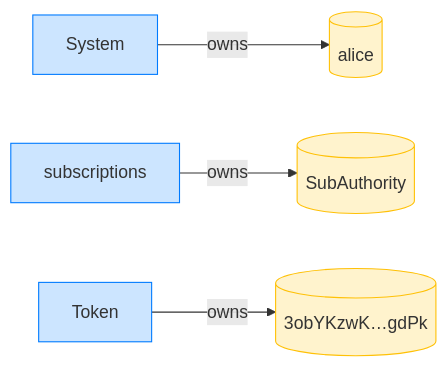
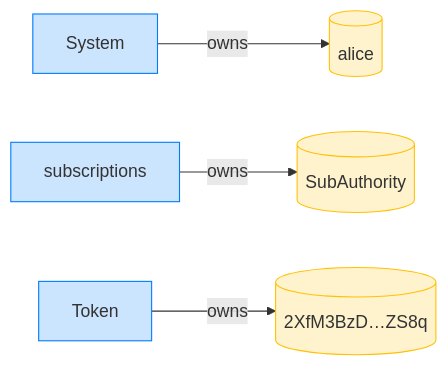
One commit to cds-rs/subscriptions changed the fourth of 8 diagrams in dsl_tests/a-sponsor-cannot-revoke-a-non-expired-recurring-delegation.md. Above: the diagram before and after it, drawn with Mermaid. The commit also changed other lines of this file and 224 other files, not shown here.

````diff
--- a/dsl_tests/a-sponsor-cannot-revoke-a-non-expired-recurring-delegation.md
+++ b/dsl_tests/a-sponsor-cannot-revoke-a-non-expired-recurring-delegation.md
@@ -71,14 +76,14 @@
 ```mermaid
 flowchart LR
     classDef owner fill:#cce5ff,stroke:#007bff;
     classDef account fill:#fff3cd,stroke:#ffc107;
     System[System]:::owner
     alice[(alice)]:::account
     subscriptions[subscriptions]:::owner
     SubAuthority[(SubAuthority)]:::account
     Token[Token]:::owner
-    3obYKzwK_gdPk[("3obYKzwK…gdPk")]:::account
+    2XfM3BzD_ZS8q[("2XfM3BzD…ZS8q")]:::account
     System -->|owns| alice
     subscriptions -->|owns| SubAuthority
-    Token -->|owns| 3obYKzwK_gdPk
+    Token -->|owns| 2XfM3BzD_ZS8q
 ```
````
